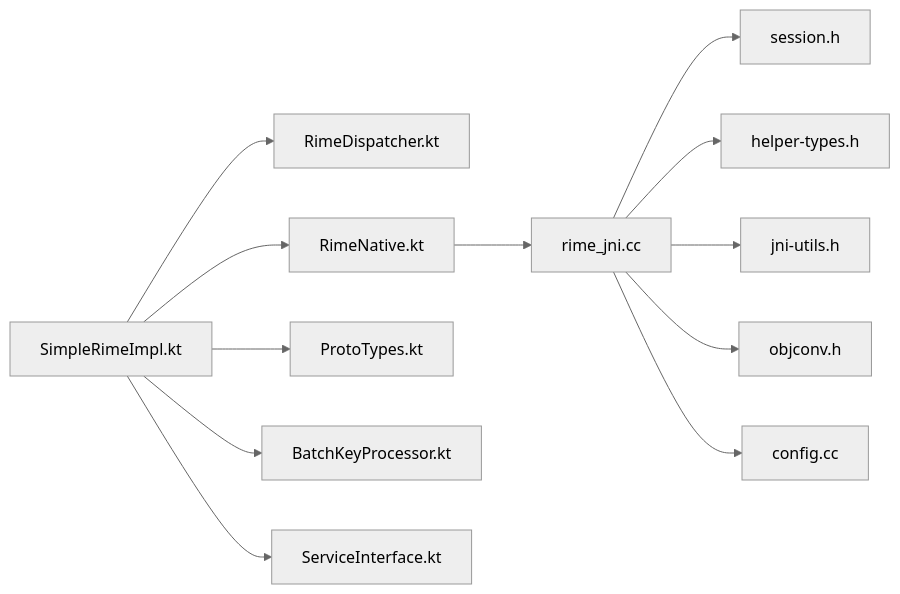
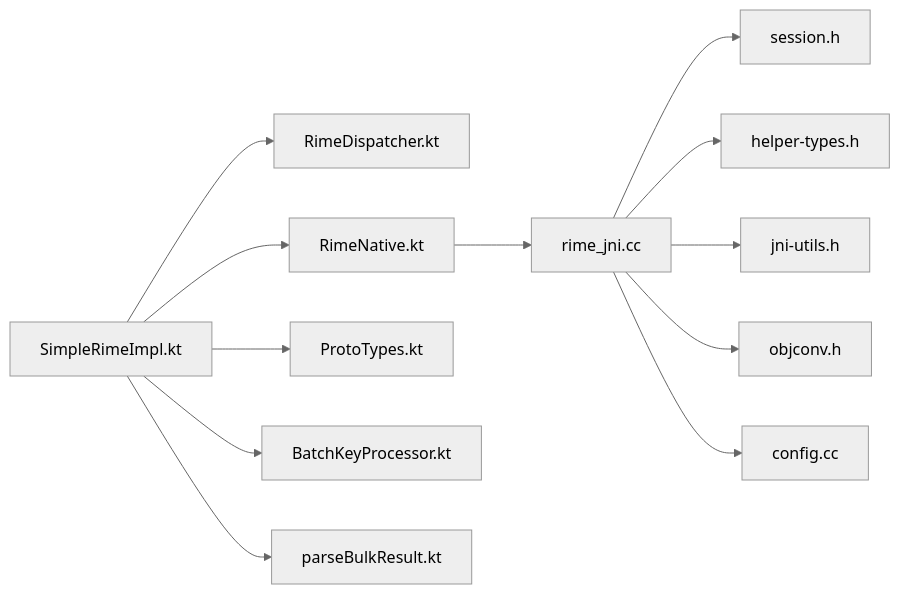
The tenth of 10 diagrams in .qoder/repowiki/zh/content/架构设计/分层架构设计/业务逻辑层/SimpleRimeImpl 核心实现.md (qiaodashaoye/ziyou-ime), drawn with Mermaid (neutral theme) before and after one commit. The commit also changed other lines of this file and 14 other files, not shown here.

````diff
--- a/.qoder/repowiki/zh/content/架构设计/分层架构设计/业务逻辑层/SimpleRimeImpl 核心实现.md
+++ b/.qoder/repowiki/zh/content/架构设计/分层架构设计/业务逻辑层/SimpleRimeImpl 核心实现.md
@@ -432,14 +493,14 @@
 ```mermaid
 graph LR
 SimpleRimeImpl["SimpleRimeImpl.kt"] --> RimeDispatcher["RimeDispatcher.kt"]
 SimpleRimeImpl --> RimeNative["RimeNative.kt"]
 SimpleRimeImpl --> ProtoTypes["ProtoTypes.kt"]
 SimpleRimeImpl --> BatchProcessor["BatchKeyProcessor.kt"]
-SimpleRimeImpl --> ServiceInterface["ServiceInterface.kt"]
+SimpleRimeImpl --> ParseHelper["parseBulkResult.kt"]
 RimeNative --> rime_jni["rime_jni.cc"]
 rime_jni --> session_h["session.h"]
 rime_jni --> helper_types["helper-types.h"]
 rime_jni --> jni_utils["jni-utils.h"]
 rime_jni --> objconv["objconv.h"]
 rime_jni --> config_cc["config.cc"]
 ```
````
